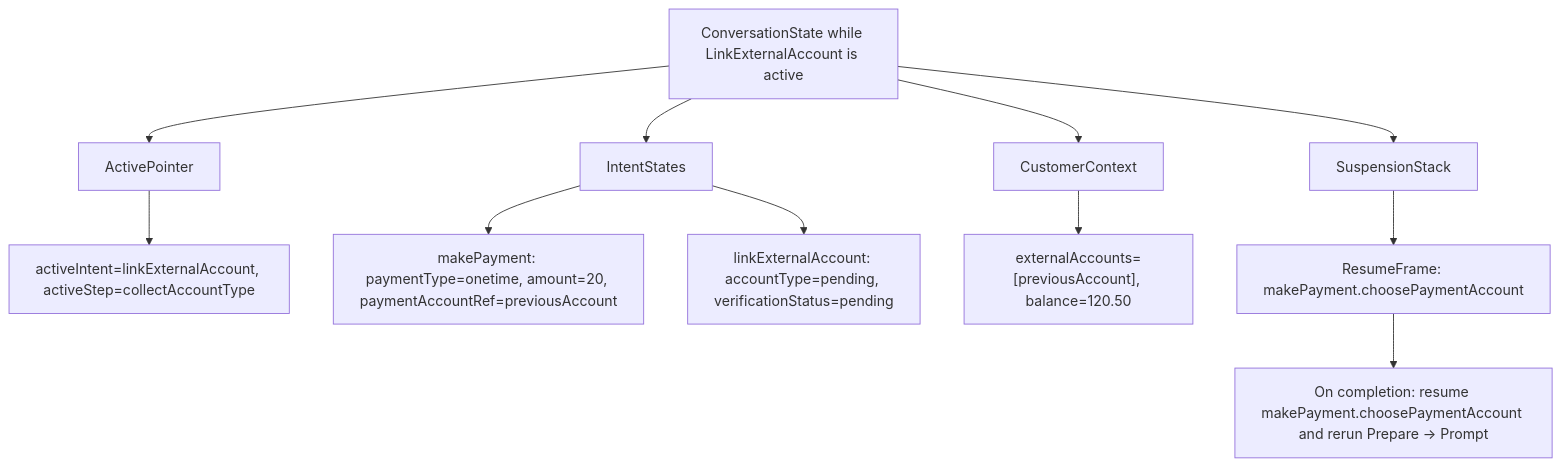
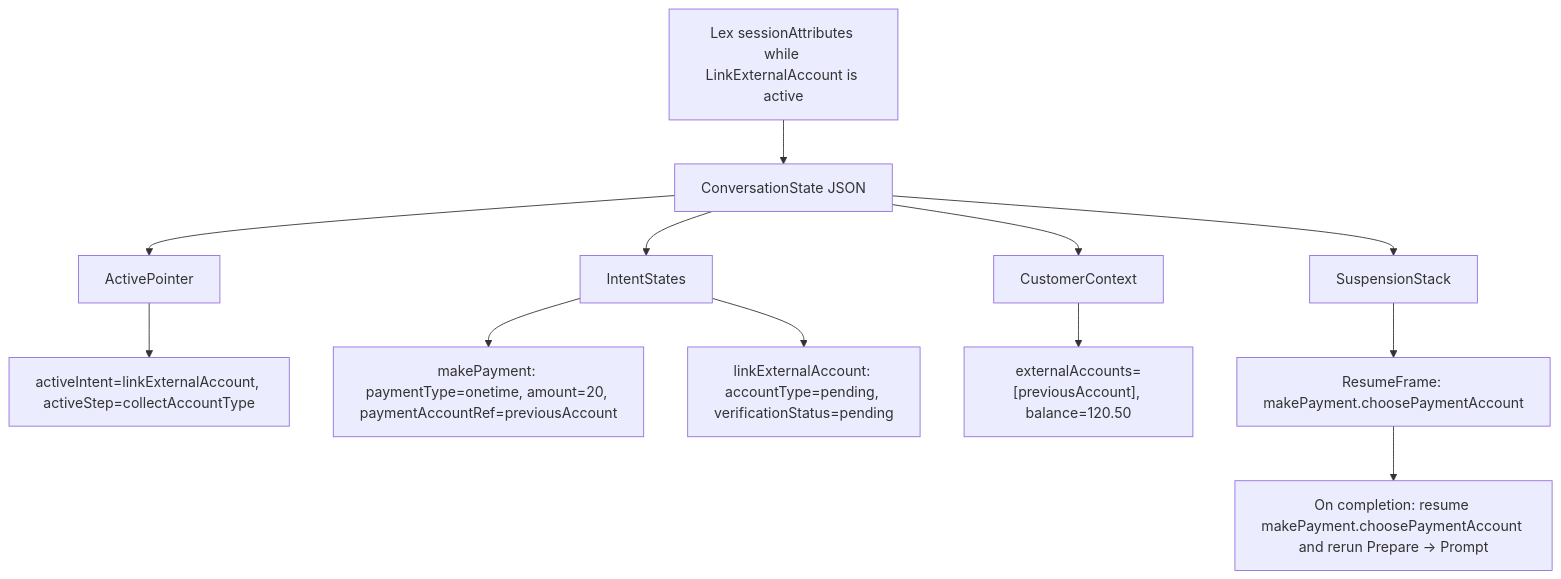
One commit to fghjkl007/adk-go-company-model-integration changed the sixth of 8 diagrams in docs/superpowers/specs/2026-06-07-intent-step-orchestration-confluence.md. Above: the diagram before and after it, drawn with Mermaid. The commit also changed other lines of this file, not shown here.

Commit message:
docs: align demo diagrams with session attributes

````diff
--- a/docs/superpowers/specs/2026-06-07-intent-step-orchestration-confluence.md
+++ b/docs/superpowers/specs/2026-06-07-intent-step-orchestration-confluence.md
@@ -137,14 +137,15 @@
 ```mermaid
 flowchart TD
-  State["ConversationState while LinkExternalAccount is active"] --> Active["ActivePointer"]
-  State --> Intents["IntentStates"]
-  State --> Customer["CustomerContext"]
-  State --> Stack["SuspensionStack"]
+  SessionAttrs["Lex sessionAttributes while LinkExternalAccount is active"] --> Conv["ConversationState JSON"]
+  Conv --> Active["ActivePointer"]
+  Conv --> Intents["IntentStates"]
+  Conv --> Customer["CustomerContext"]
+  Conv --> Stack["SuspensionStack"]
 
   Active --> ActiveValue["activeIntent=linkExternalAccount, activeStep=collectAccountType"]
   Intents --> MP["makePayment: paymentType=onetime, amount=20, paymentAccountRef=previousAccount"]
   Intents --> LEA["linkExternalAccount: accountType=pending, verificationStatus=pending"]
   Customer --> Ctx["externalAccounts=[previousAccount], balance=120.50"]
   Stack --> Frame["ResumeFrame: makePayment.choosePaymentAccount"]
   Frame --> Resume["On completion: resume makePayment.choosePaymentAccount and rerun Prepare -> Prompt"]
 ```
````
